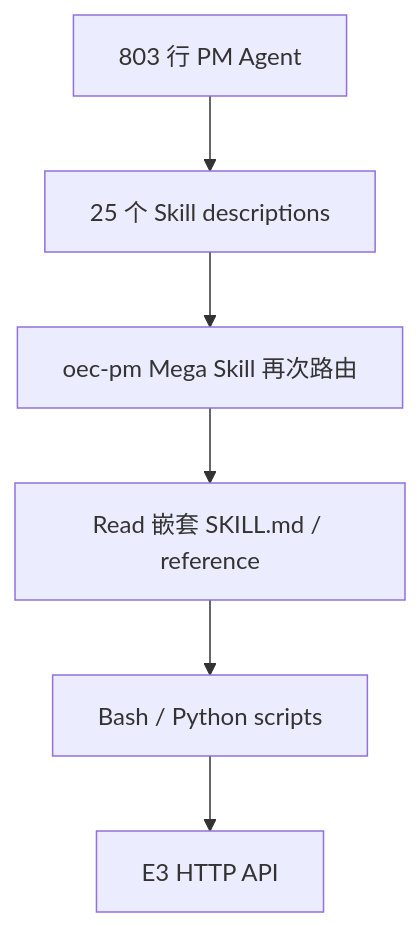
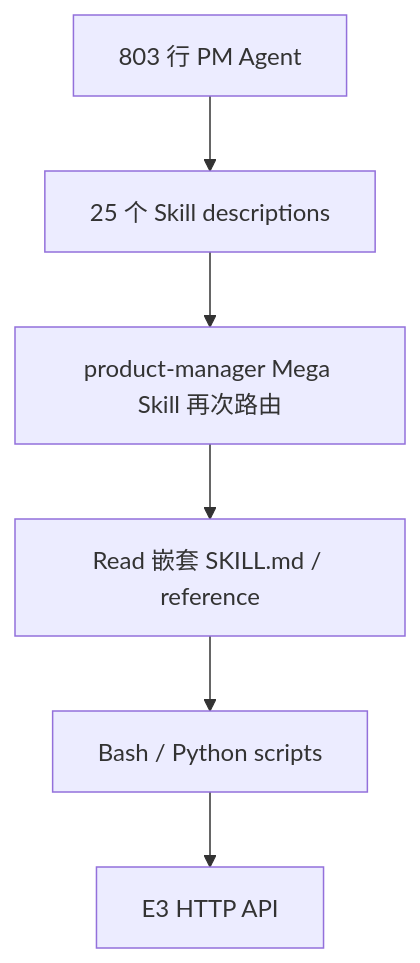
Before and after one commit to quanxinwang18-a11y/plainOEC-infra: the second of 3 diagrams in docs/reviews/pm-implementation-review.md, drawn with Mermaid. The commit also changed other lines of this file and 259 other files, not shown here.

````diff
--- a/docs/reviews/pm-implementation-review.md
+++ b/docs/reviews/pm-implementation-review.md
@@ -77,8 +77,8 @@
 ```mermaid
 flowchart TD
     A["803 行 PM Agent"] --> D["25 个 Skill descriptions"]
-    D --> M["oec-pm Mega Skill 再次路由"]
+    D --> M["product-manager Mega Skill 再次路由"]
     M --> R["Read 嵌套 SKILL.md / reference"]
     R --> S["Bash / Python scripts"]
     S --> E["E3 HTTP API"]
 ```
````
